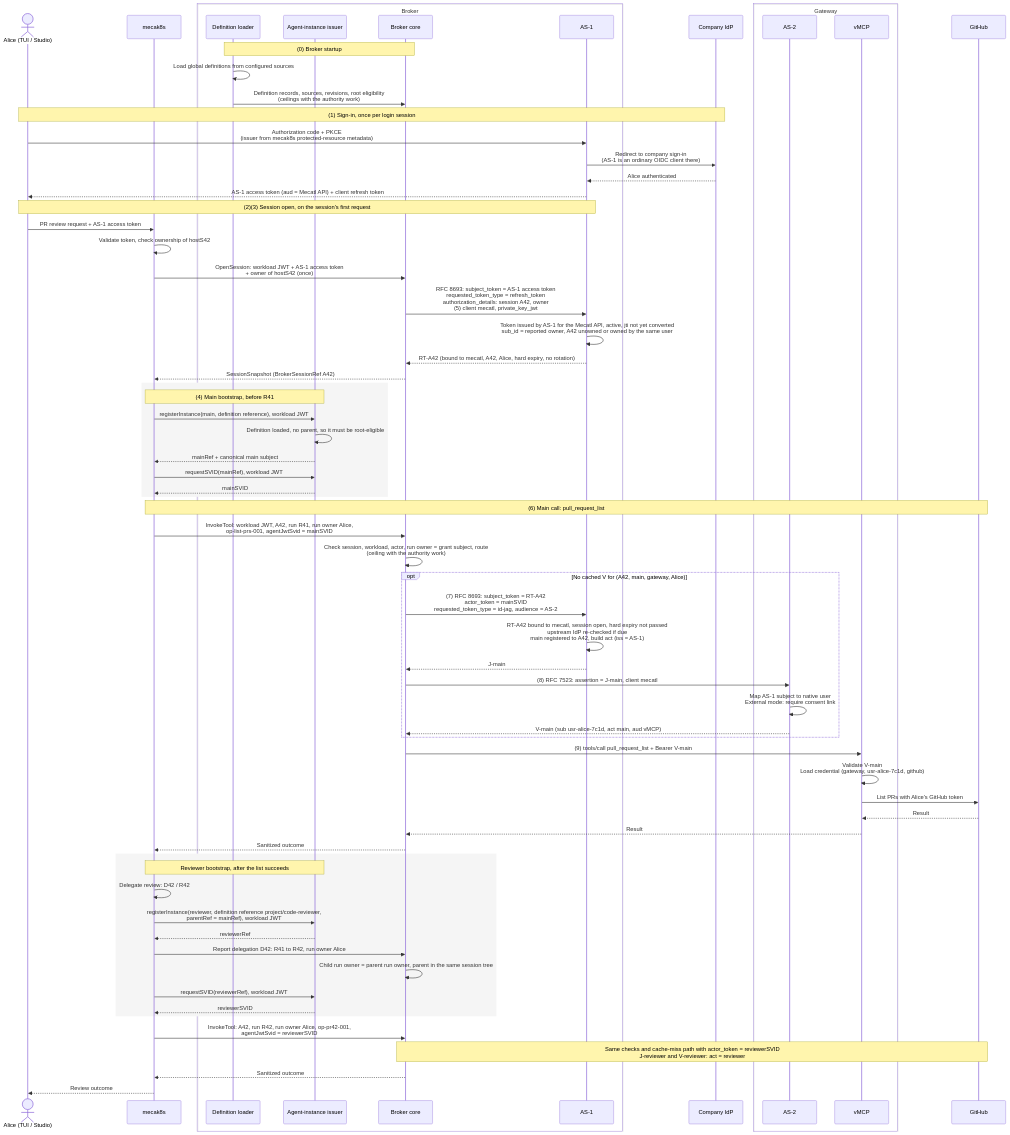
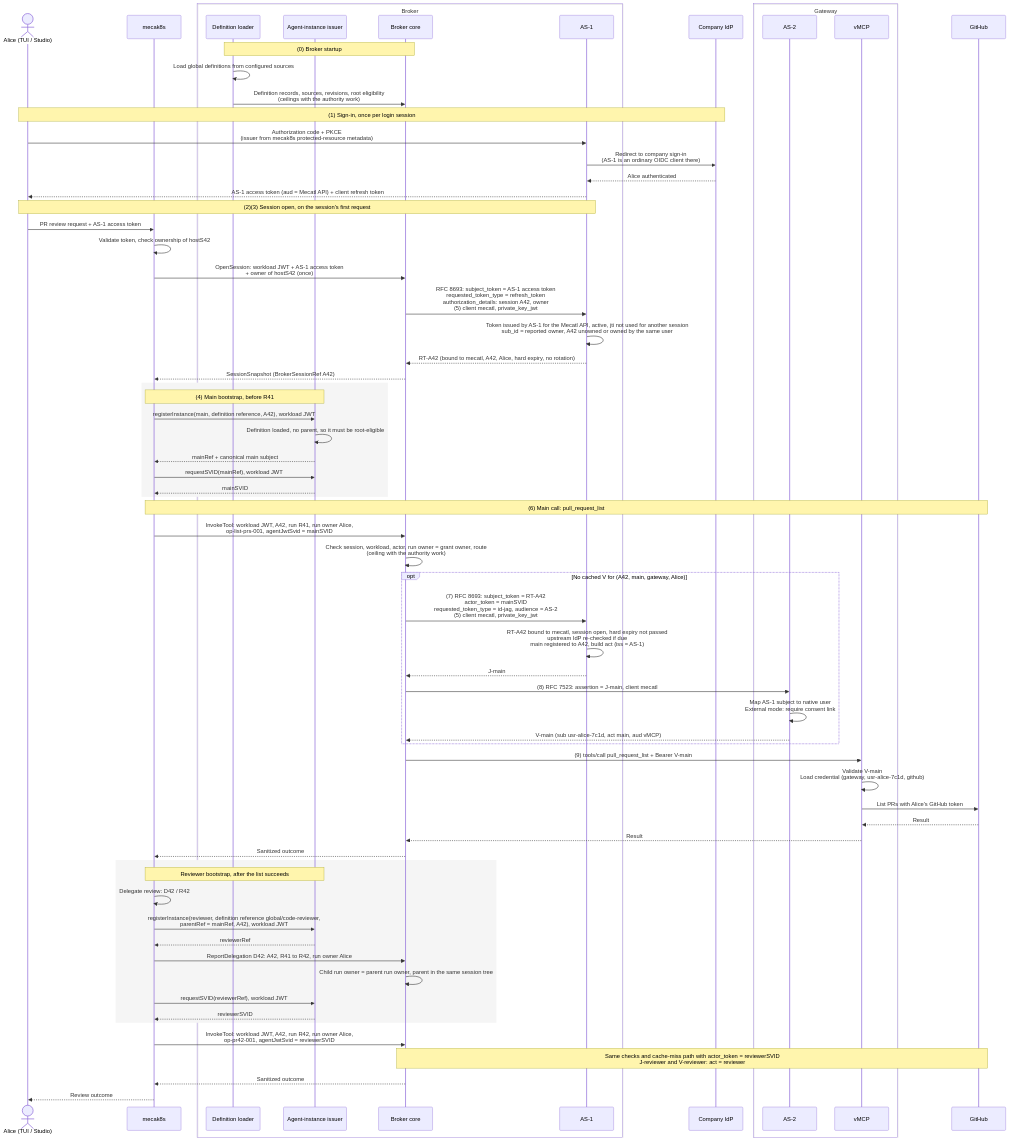
One commit to stacklok/mecatl changed the diagram in docs/drafts/agent-identity/credentials-and-lifecycle.md. Above: the diagram before and after it, drawn with Mermaid. The commit also changed other lines of this file and 6 other files, not shown here.

````diff
--- a/docs/drafts/agent-identity/credentials-and-lifecycle.md
+++ b/docs/drafts/agent-identity/credentials-and-lifecycle.md
@@ -53,79 +53,79 @@
 ```mermaid
 sequenceDiagram
     actor U as Alice (TUI / Studio)
     participant H as mecak8s
     box Broker
         participant L as Definition loader
         participant I as Agent-instance issuer
         participant B as Broker core
         participant A1 as AS-1
     end
     participant IdP as Company IdP
     box Gateway
         participant A2 as AS-2
         participant V as vMCP
     end
     participant G as GitHub
 
     Note over L,B: (0) Broker startup
     L->>L: Load global definitions from configured sources
     L->>B: Definition records, sources, revisions, root eligibility<br/>(ceilings with the authority work)
 
     Note over U,IdP: (1) Sign-in, once per login session
     U->>A1: Authorization code + PKCE<br/>(issuer from mecak8s protected-resource metadata)
     A1->>IdP: Redirect to company sign-in<br/>(AS-1 is an ordinary OIDC client there)
     IdP-->>A1: Alice authenticated
     A1-->>U: AS-1 access token (aud = Mecatl API) + client refresh token
 
     Note over U,A1: (2)(3) Session open, on the session's first request
     U->>H: PR review request + AS-1 access token
     H->>H: Validate token, check ownership of hostS42
     H->>B: OpenSession: workload JWT + AS-1 access token<br/>+ owner of hostS42 (once)
     B->>A1: RFC 8693: subject_token = AS-1 access token<br/>requested_token_type = refresh_token<br/>authorization_details: session A42, owner<br/>(5) client mecatl, private_key_jwt
-    A1->>A1: Token issued by AS-1 for the Mecatl API, active, jti not yet converted<br/>sub_id = reported owner, A42 unowned or owned by the same user
+    A1->>A1: Token issued by AS-1 for the Mecatl API, active, jti not used for another session<br/>sub_id = reported owner, A42 unowned or owned by the same user
     A1-->>B: RT-A42 (bound to mecatl, A42, Alice, hard expiry, no rotation)
     B-->>H: SessionSnapshot (BrokerSessionRef A42)
 
     rect rgb(245, 245, 245)
         Note over H,I: (4) Main bootstrap, before R41
-        H->>I: registerInstance(main, definition reference), workload JWT
+        H->>I: registerInstance(main, definition reference, A42), workload JWT
         I->>I: Definition loaded, no parent, so it must be root-eligible
         I-->>H: mainRef + canonical main subject
         H->>I: requestSVID(mainRef), workload JWT
         I-->>H: mainSVID
     end
 
     Note over H,G: (6) Main call: pull_request_list
     H->>B: InvokeTool: workload JWT, A42, run R41, run owner Alice,<br/>op-list-prs-001, agentJwtSvid = mainSVID
-    B->>B: Check session, workload, actor, run owner = grant subject, route<br/>(ceiling with the authority work)
+    B->>B: Check session, workload, actor, run owner = grant owner, route<br/>(ceiling with the authority work)
     opt No cached V for (A42, main, gateway, Alice)
-        B->>A1: (7) RFC 8693: subject_token = RT-A42<br/>actor_token = mainSVID<br/>requested_token_type = id-jag, audience = AS-2
+        B->>A1: (7) RFC 8693: subject_token = RT-A42<br/>actor_token = mainSVID<br/>requested_token_type = id-jag, audience = AS-2<br/>(5) client mecatl, private_key_jwt
         A1->>A1: RT-A42 bound to mecatl, session open, hard expiry not passed<br/>upstream IdP re-checked if due<br/>main registered to A42, build act (iss = AS-1)
         A1-->>B: J-main
         B->>A2: (8) RFC 7523: assertion = J-main, client mecatl
         A2->>A2: Map AS-1 subject to native user<br/>External mode: require consent link
         A2-->>B: V-main (sub usr-alice-7c1d, act main, aud vMCP)
     end
     B->>V: (9) tools/call pull_request_list + Bearer V-main
     V->>V: Validate V-main<br/>Load credential (gateway, usr-alice-7c1d, github)
     V->>G: List PRs with Alice's GitHub token
     G-->>V: Result
     V-->>B: Result
     B-->>H: Sanitized outcome
 
     rect rgb(245, 245, 245)
         Note over H,I: Reviewer bootstrap, after the list succeeds
         H->>H: Delegate review: D42 / R42
-        H->>I: registerInstance(reviewer, definition reference project/code-reviewer,<br/>parentRef = mainRef), workload JWT
+        H->>I: registerInstance(reviewer, definition reference global/code-reviewer,<br/>parentRef = mainRef, A42), workload JWT
         I-->>H: reviewerRef
-        H->>B: Report delegation D42: R41 to R42, run owner Alice
+        H->>B: ReportDelegation D42: A42, R41 to R42, run owner Alice
         B->>B: Child run owner = parent run owner, parent in the same session tree
         H->>I: requestSVID(reviewerRef), workload JWT
         I-->>H: reviewerSVID
     end
 
-    H->>B: InvokeTool: A42, run R42, run owner Alice, op-pr42-001,<br/>agentJwtSvid = reviewerSVID
+    H->>B: InvokeTool: workload JWT, A42, run R42, run owner Alice,<br/>op-pr42-001, agentJwtSvid = reviewerSVID
     Note over B,G: Same checks and cache-miss path with actor_token = reviewerSVID<br/>J-reviewer and V-reviewer: act = reviewer
     B-->>H: Sanitized outcome
     H-->>U: Review outcome
 ```
````
